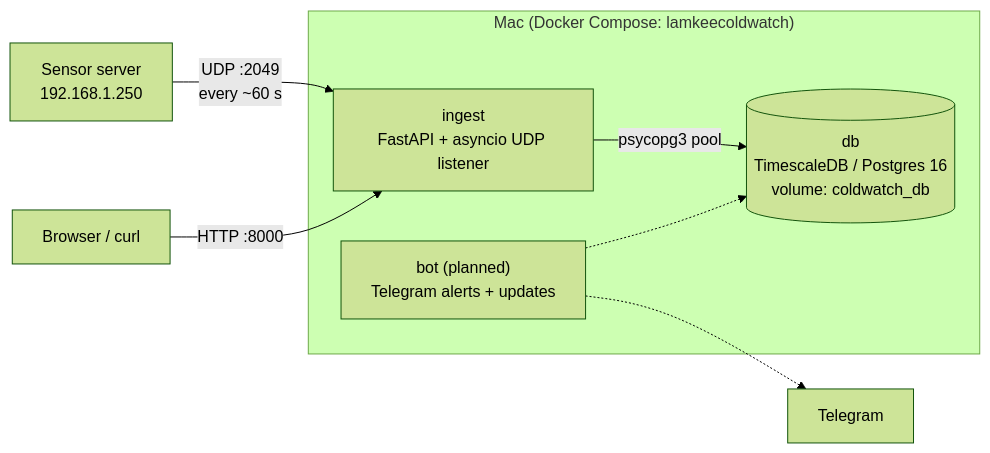
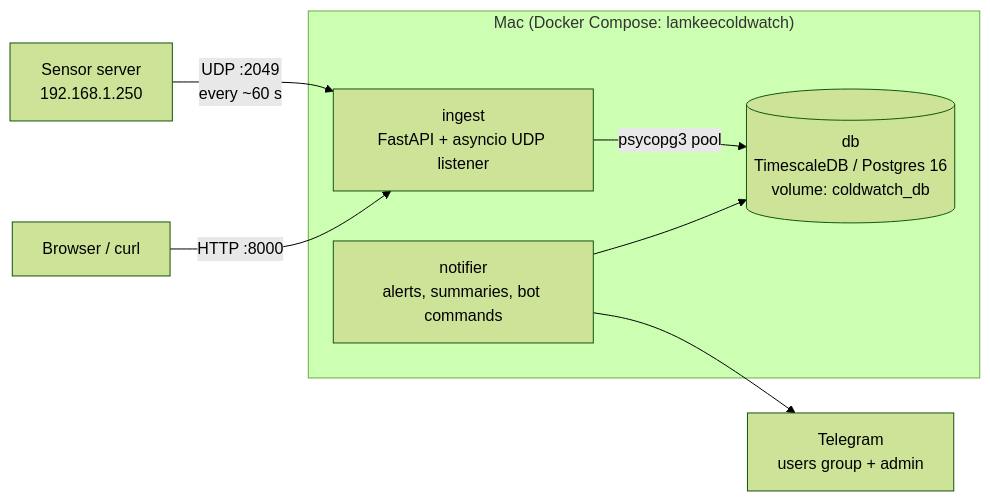
The first of 3 diagrams in README.md (chewterence/LamkeeColdwatch), drawn with Mermaid (forest theme) before and after one commit. The commit also changed other lines of this file and 12 other files, not shown here.

````diff
--- a/README.md
+++ b/README.md
@@ -20,10 +21,10 @@
 ```mermaid
 flowchart LR
     S["Sensor server<br/>192.168.1.250"] -- "UDP :2049<br/>every ~60 s" --> I
     subgraph Mac["Mac (Docker Compose: lamkeecoldwatch)"]
         I["ingest<br/>FastAPI + asyncio UDP listener"] -- "psycopg3 pool" --> D[("db<br/>TimescaleDB / Postgres 16<br/>volume: coldwatch_db")]
-        B["bot (planned)<br/>Telegram alerts + updates"] -.-> D
+        B["notifier<br/>alerts, summaries, bot commands"] --> D
     end
-    B -.-> T["Telegram"]
+    B --> T["Telegram<br/>users group + admin"]
     U["Browser / curl"] -- "HTTP :8000" --> I
 ```
````
